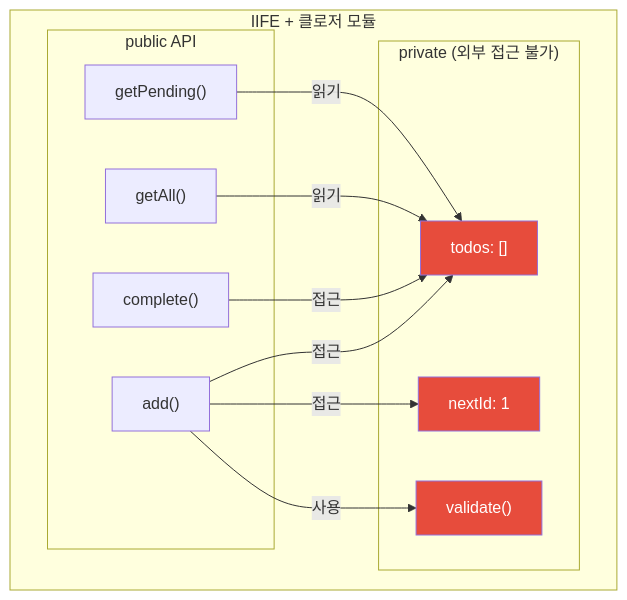
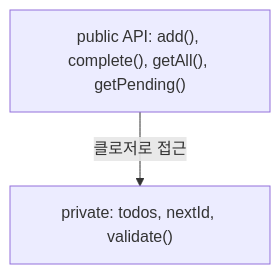
Before and after one commit to yjkim2015/yjkim2015.github.io: the fourth of 8 diagrams in _posts/frontend/2026-05-02-js-closure.md, drawn with Mermaid. The commit also changed other lines of this file and 215 other files, not shown here.

First line of the commit message:
신규 포스트 10개 추가 + Mermaid 전면 축소 + SystemDesign 시리즈 보강

````diff
--- a/_posts/frontend/2026-05-02-js-closure.md
+++ b/_posts/frontend/2026-05-02-js-closure.md
@@ -251,28 +221,6 @@
 ```mermaid
 graph TD
-    subgraph "IIFE + 클로저 모듈"
-        subgraph "private (외부 접근 불가)"
-            todos["todos: []"]
-            nextId["nextId: 1"]
-            validate["validate()"]
-        end
-
-        subgraph "public API"
-            add["add()"]
-            complete["complete()"]
-            getAll["getAll()"]
-            getPending["getPending()"]
-        end
-
-        add -->|"접근"| todos
-        add -->|"접근"| nextId
-        add -->|"사용"| validate
-        complete -->|"접근"| todos
-        getAll -->|"읽기"| todos
-        getPending -->|"읽기"| todos
-    end
-
-    style todos fill:#e74c3c,color:#fff
-    style nextId fill:#e74c3c,color:#fff
-    style validate fill:#e74c3c,color:#fff
+    PRIV["private: todos, nextId, validate()"]
+    PUB["public API: add(), complete(), getAll(), getPending()"]
+    PUB -->|"클로저로 접근"| PRIV
 ```
````
